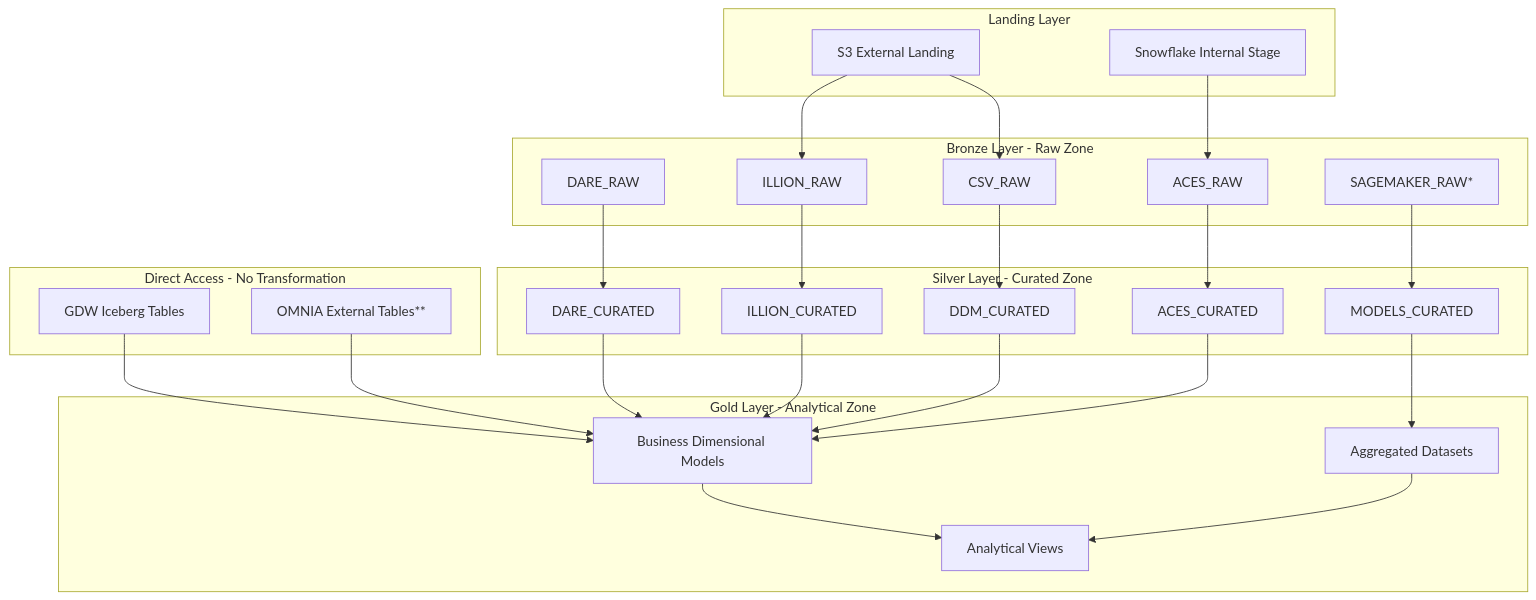
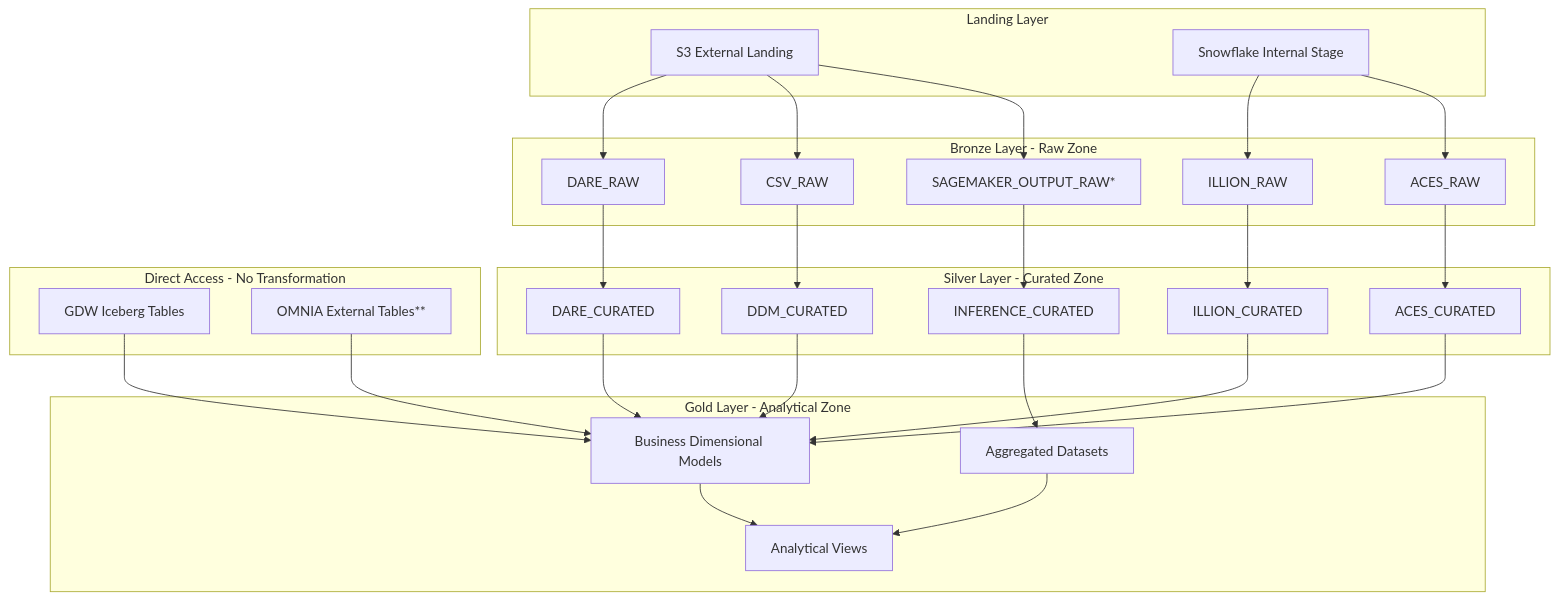
Before and after one commit to sfc-gh-mhindi/REPO_CBA: diagram 14 of 14 in 15-BB-QPD Future State/QPD - Future State.md, drawn with Mermaid. The commit also changed other lines of this file, not shown here.

````diff
--- a/15-BB-QPD Future State/QPD - Future State.md
+++ b/15-BB-QPD Future State/QPD - Future State.md
@@ -851,56 +836,58 @@
 ```mermaid
 graph TB
     subgraph "Landing Layer"
         L1[S3 External Landing]
         L2[Snowflake Internal Stage]
     end
     
     subgraph "Bronze Layer - Raw Zone"
         B1[DARE_RAW]
         B2[ILLION_RAW]
         B3[ACES_RAW]
         B4[CSV_RAW]
-        B5[SAGEMAKER_RAW*]
+        B5[SAGEMAKER_OUTPUT_RAW*]
     end
     
     subgraph "Silver Layer - Curated Zone"
         S1[DARE_CURATED]
         S2[ILLION_CURATED]
         S3[ACES_CURATED]
         S4[DDM_CURATED]
-        S5[MODELS_CURATED]
+        S5[INFERENCE_CURATED]
     end
     
     subgraph "Gold Layer - Analytical Zone"
         G1[Business Dimensional Models]
         G2[Aggregated Datasets]
         G3[Analytical Views]
     end
     
     subgraph "Direct Access - No Transformation"
         D1[GDW Iceberg Tables]
         D2[OMNIA External Tables**]
     end
     
-    L1 --> B2
+    L1 --> B1
     L1 --> B4
+    L1 --> B5
+    L2 --> B2
     L2 --> B3
     
     B1 --> S1
     B2 --> S2
     B3 --> S3
     B4 --> S4
     B5 --> S5
     
     S1 --> G1
     S2 --> G1
     S3 --> G1
     S4 --> G1
     S5 --> G2
     
     D1 --> G1
     D2 --> G1
     
     G1 --> G3
     G2 --> G3
 ```
````
